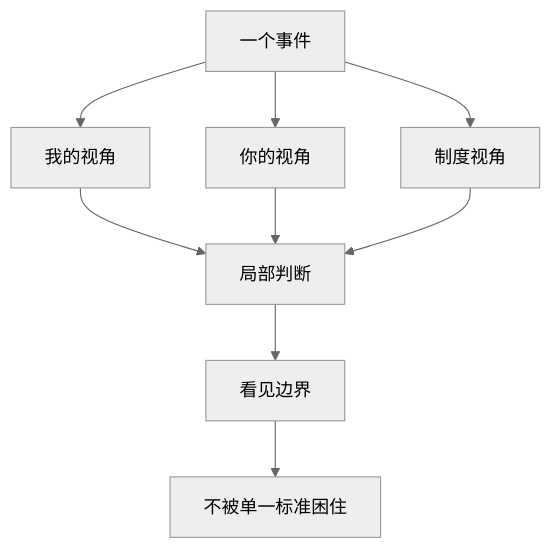
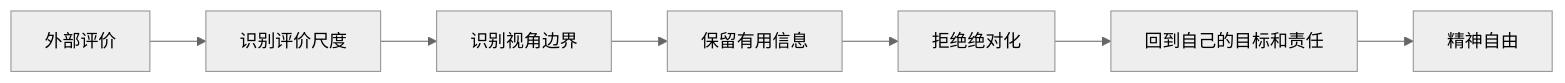
The third of 3 diagrams in 202605/20260518_42.md (digoal/blog), drawn with Mermaid (neutral theme) before and after one commit. The commit also changed other lines of this file and 26 other files, not shown here.

````diff
--- a/202605/20260518_42.md
+++ b/202605/20260518_42.md
@@ -21,11 +203,9 @@
 ```mermaid
-flowchart TD
-  A["一个事件"] --> B["我的视角"]
-  A --> C["你的视角"]
-  A --> D["制度视角"]
-  B --> E["局部判断"]
-  C --> E
-  D --> E
-  E --> F["看见边界"]
-  F --> G["不被单一标准困住"]
+flowchart LR
+  A["外部评价"] --> B["识别评价尺度"]
+  B --> C["识别视角边界"]
+  C --> D["保留有用信息"]
+  D --> E["拒绝绝对化"]
+  E --> F["回到自己的目标和责任"]
+  F --> G["精神自由"]
 ```
````
